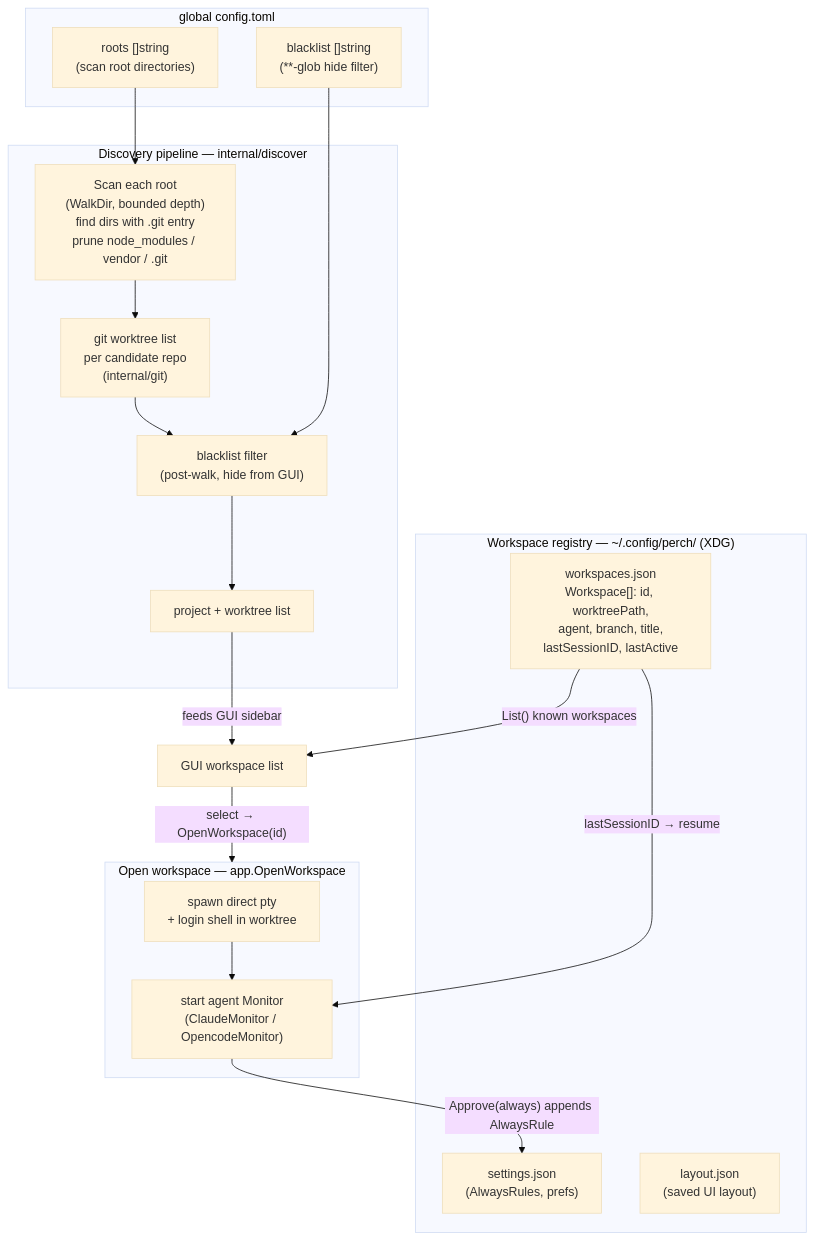
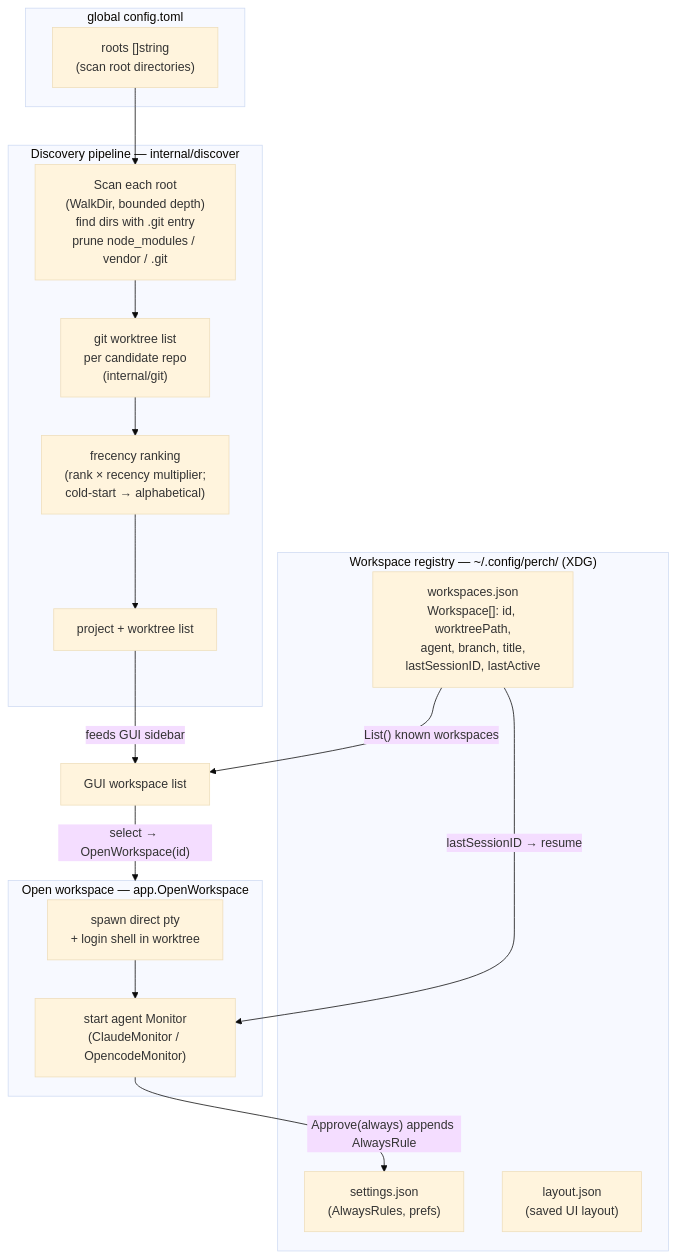
One commit to miniature-pug/perch changed the diagram in docs/diagrams/discovery-state.mmd. Above: the diagram before and after it, drawn with Mermaid (base theme). The commit also changed 1 other file, not shown here.

Commit message:
docs(diagrams): fix stale architecture & discovery diagrams
architecture.mmd: remove the deleted internal/worktree node + dead proc edge
(worktree creation lives in internal/git); drop the removed project .perch.toml
config layer (config is global/roots-only); update perch attach to the
single-instance-lock model (forwards to running window, routes workspace:attach)
and replace the dead attach→registry edge; relocate internal/fs into Discovery.

discovery-state.mmd: remove the removed blacklist config node and the
non-existent post-walk filter step; show the real frecency-ranking pipeline
stage. Both predated the round-1 deletions.

```diff
--- a/docs/diagrams/discovery-state.mmd
+++ b/docs/diagrams/discovery-state.mmd
@@ -1,36 +1,34 @@
 flowchart TD
     subgraph Config["global config.toml"]
         roots["roots []string\n(scan root directories)"]
-        blacklist["blacklist []string\n(**-glob hide filter)"]
     end
 
     subgraph DiscoveryPipeline["Discovery pipeline — internal/discover"]
         scan["Scan each root\n(WalkDir, bounded depth)\nfind dirs with .git entry\nprune node_modules / vendor / .git"]
         worktrees["git worktree list\nper candidate repo\n(internal/git)"]
-        filter["blacklist filter\n(post-walk, hide from GUI)"]
+        frecency["frecency ranking\n(rank × recency multiplier;\ncold-start → alphabetical)"]
         candidates["project + worktree list"]
     end
 
     subgraph Registry["Workspace registry — ~/.config/perch/ (XDG)"]
         workspacesjson["workspaces.json\nWorkspace[]: id, worktreePath,\nagent, branch, title,\nlastSessionID, lastActive"]
         settingsjson["settings.json\n(AlwaysRules, prefs)"]
         layoutjson["layout.json\n(saved UI layout)"]
     end
 
     subgraph Open["Open workspace — app.OpenWorkspace"]
         ptyspawn["spawn direct pty\n+ login shell in worktree"]
         monstart["start agent Monitor\n(ClaudeMonitor / OpencodeMonitor)"]
     end
 
     roots --> scan
     scan --> worktrees
-    worktrees --> filter
-    blacklist --> filter
-    filter --> candidates
+    worktrees --> frecency
+    frecency --> candidates
     candidates -->|"feeds GUI sidebar"| gui_list["GUI workspace list"]
 
     workspacesjson -->|"List() known workspaces"| gui_list
     gui_list -->|"select → OpenWorkspace(id)"| Open
     workspacesjson -->|"lastSessionID → resume"| monstart
     ptyspawn --> monstart
     monstart -->|"Approve(always) appends AlwaysRule"| settingsjson
```
